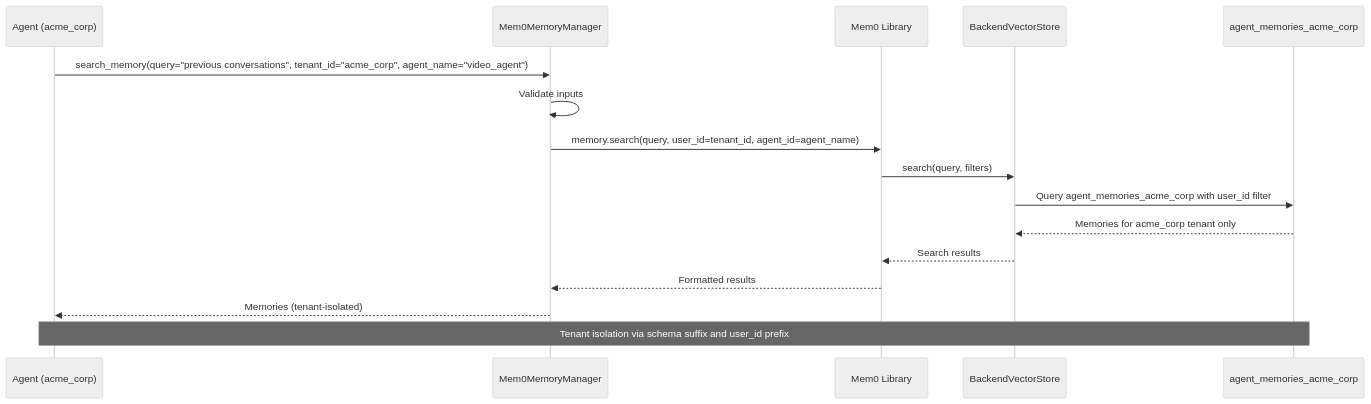
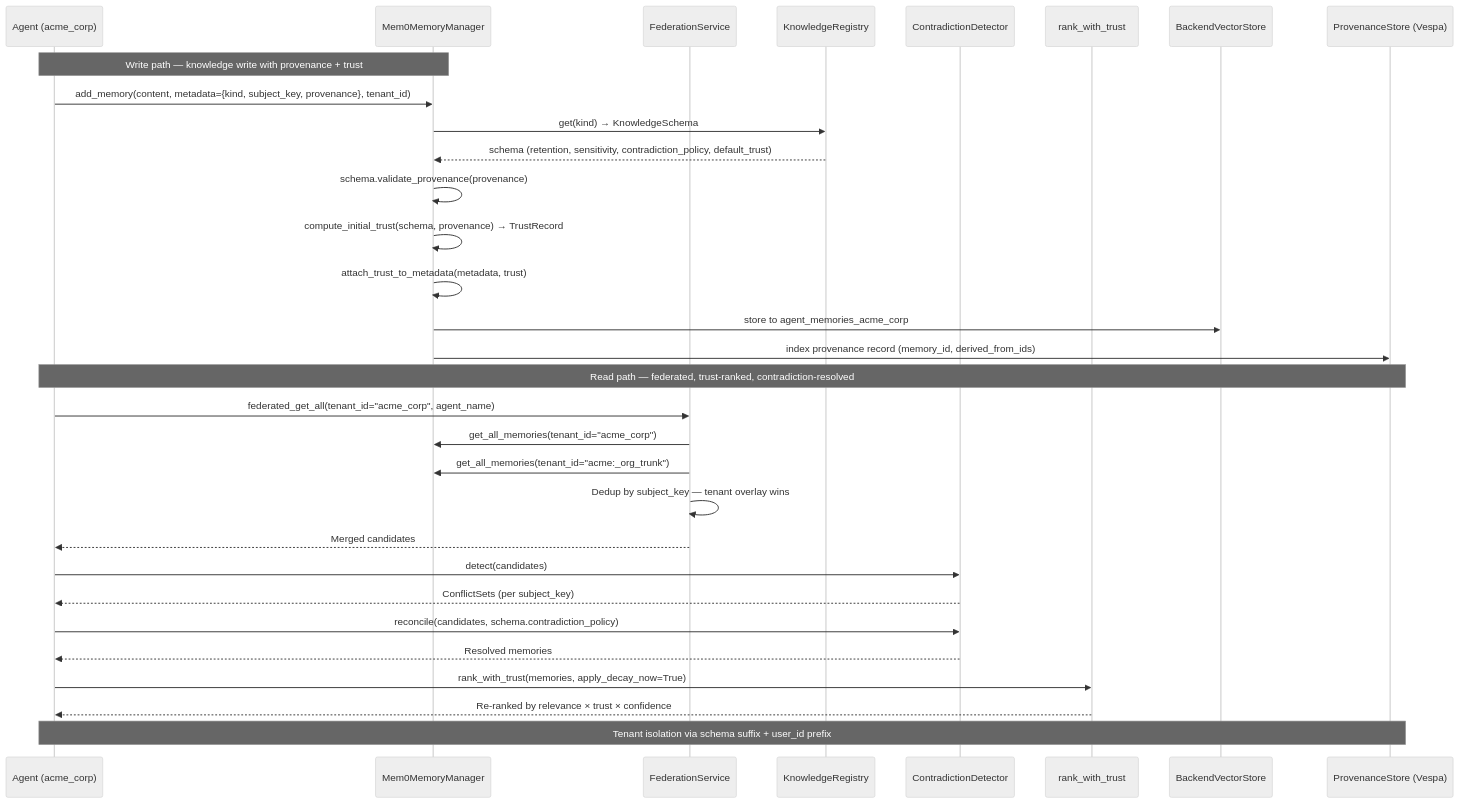
Diagram 14 of 21 in docs/diagrams/multi-tenant-diagrams.md (amit-jain/cogniverse), drawn with Mermaid (neutral theme) before and after one commit. The commit also changed other lines of this file and 1 other file, not shown here.

First line of the commit message:
Expand architecture and multi-tenant diagrams to cover Knowledge layer

````diff
--- a/docs/diagrams/multi-tenant-diagrams.md
+++ b/docs/diagrams/multi-tenant-diagrams.md
@@ -595,23 +597,38 @@
 ```mermaid
 sequenceDiagram
     participant Agent as Agent (acme_corp)
     participant Memory as Mem0MemoryManager
-    participant Mem0 as Mem0 Library
+    participant Federation as FederationService
+    participant KnowledgeReg as KnowledgeRegistry
+    participant Contradiction as ContradictionDetector
+    participant Trust as rank_with_trust
     participant Backend as BackendVectorStore
-    participant Schema as agent_memories_acme_corp
+    participant ProvenanceStore as ProvenanceStore (Vespa)
 
-    Agent->>Memory: search_memory(query="previous conversations", tenant_id="acme_corp", agent_name="video_agent")
+    Note over Agent,Memory: Write path — knowledge write with provenance + trust
+    Agent->>Memory: add_memory(content, metadata={kind, subject_key, provenance}, tenant_id)
+    Memory->>KnowledgeReg: get(kind) → KnowledgeSchema
+    KnowledgeReg-->>Memory: schema (retention, sensitivity, contradiction_policy, default_trust)
+    Memory->>Memory: schema.validate_provenance(provenance)
+    Memory->>Memory: compute_initial_trust(schema, provenance) → TrustRecord
+    Memory->>Memory: attach_trust_to_metadata(metadata, trust)
+    Memory->>Backend: store to agent_memories_acme_corp
+    Memory->>ProvenanceStore: index provenance record (memory_id, derived_from_ids)
 
-    Memory->>Memory: Validate inputs
-    Memory->>Mem0: memory.search(query, user_id=tenant_id, agent_id=agent_name)
+    Note over Agent,ProvenanceStore: Read path — federated, trust-ranked, contradiction-resolved
+    Agent->>Federation: federated_get_all(tenant_id="acme_corp", agent_name)
+    Federation->>Memory: get_all_memories(tenant_id="acme_corp")
+    Federation->>Memory: get_all_memories(tenant_id="acme:_org_trunk")
+    Federation->>Federation: Dedup by subject_key — tenant overlay wins
+    Federation-->>Agent: Merged candidates
 
-    Mem0->>Backend: search(query, filters)
-    Backend->>Schema: Query agent_memories_acme_corp with user_id filter
-    Schema-->>Backend: Memories for acme_corp tenant only
+    Agent->>Contradiction: detect(candidates)
+    Contradiction-->>Agent: ConflictSets (per subject_key)
+    Agent->>Contradiction: reconcile(candidates, schema.contradiction_policy)
+    Contradiction-->>Agent: Resolved memories
 
-    Backend-->>Mem0: Search results
-    Mem0-->>Memory: Formatted results
-    Memory-->>Agent: Memories (tenant-isolated)
+    Agent->>Trust: rank_with_trust(memories, apply_decay_now=True)
+    Trust-->>Agent: Re-ranked by relevance × trust × confidence
 
-    Note over Agent,Schema: Tenant isolation via schema suffix and user_id prefix
+    Note over Agent,ProvenanceStore: Tenant isolation via schema suffix + user_id prefix
 ```
````
